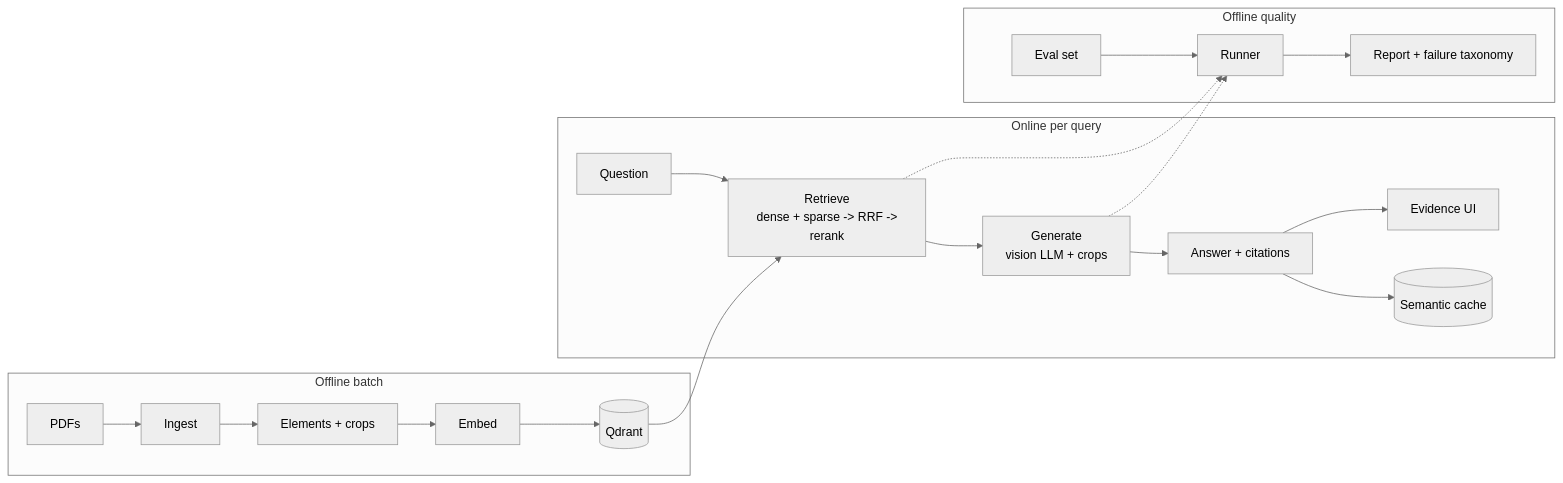
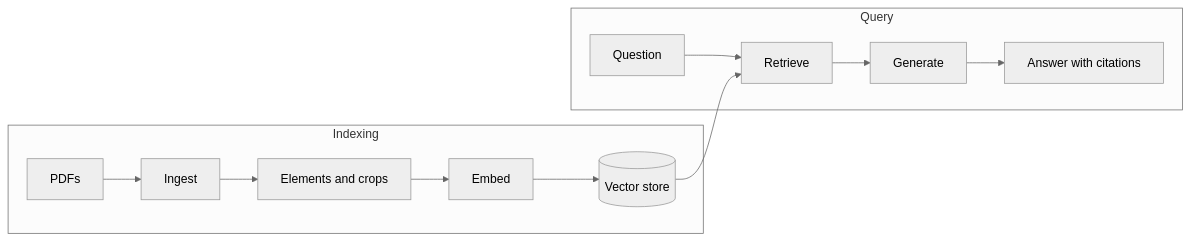
Before and after one commit to RaghavVerma99/VisRAG: the diagram in README.md, drawn with Mermaid (neutral theme). The commit also changed other lines of this file, not shown here.

````diff
--- a/README.md
+++ b/README.md
@@ -32,26 +20,16 @@
 ```mermaid
 flowchart LR
-    subgraph offline[Offline batch]
-        PDFs[PDFs] --> ING[Ingest]
-        ING --> EL[Elements + crops]
-        EL --> EMB[Embed]
-        EMB --> QD[(Qdrant)]
+    subgraph Indexing
+        A[PDFs] --> B[Ingest]
+        B --> C[Elements and crops]
+        C --> D[Embed]
+        D --> E[(Vector store)]
     end
 
-    subgraph online[Online per query]
-        Q[Question] --> RET[Retrieve\n dense + sparse -> RRF -> rerank]
-        QD --> RET
-        RET --> GEN[Generate\n vision LLM + crops]
-        GEN --> ANS[Answer + citations]
-        ANS --> CACHE[(Semantic cache)]
-        ANS --> UI[Evidence UI]
+    subgraph Query
+        Q[Question] --> R[Retrieve]
+        E --> R
+        R --> G[Generate]
+        G --> H[Answer with citations]
     end
-
-    subgraph quality[Offline quality]
-        EVAL[Eval set] --> RUN[Runner]
-        RUN --> REP[Report + failure taxonomy]
-    end
-
-    RET -.-> RUN
-    GEN -.-> RUN
 ```
````
